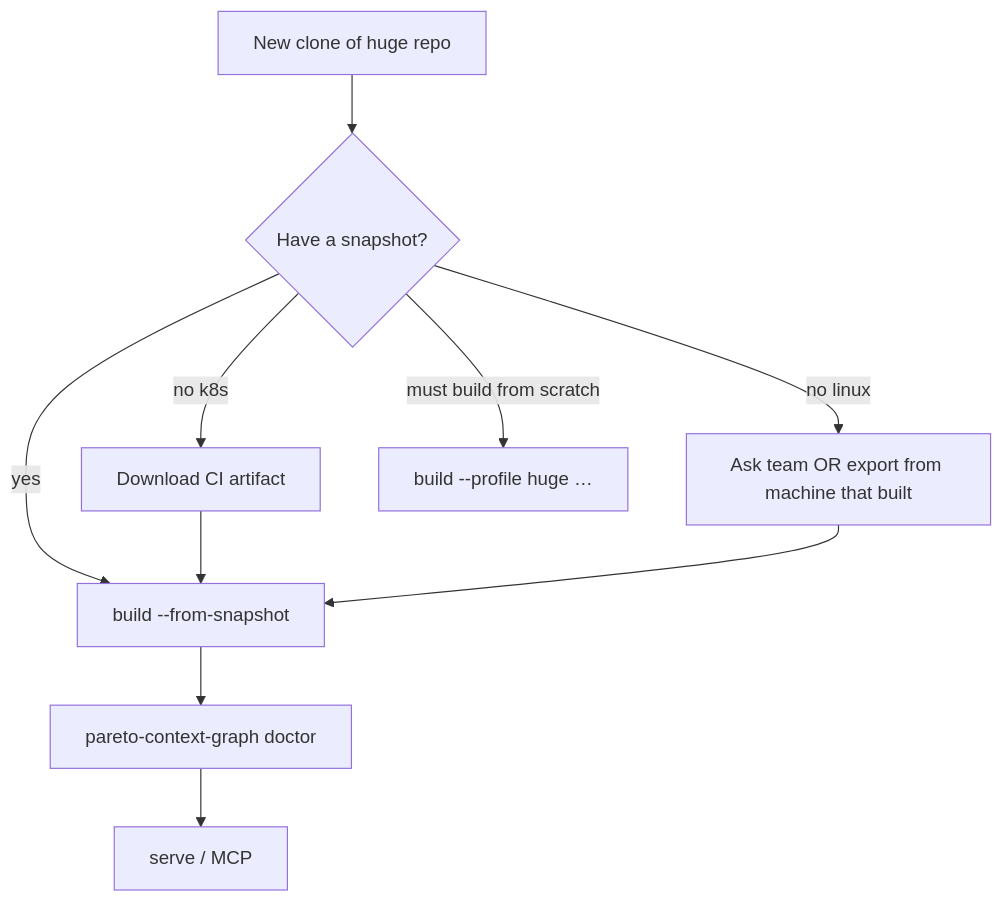
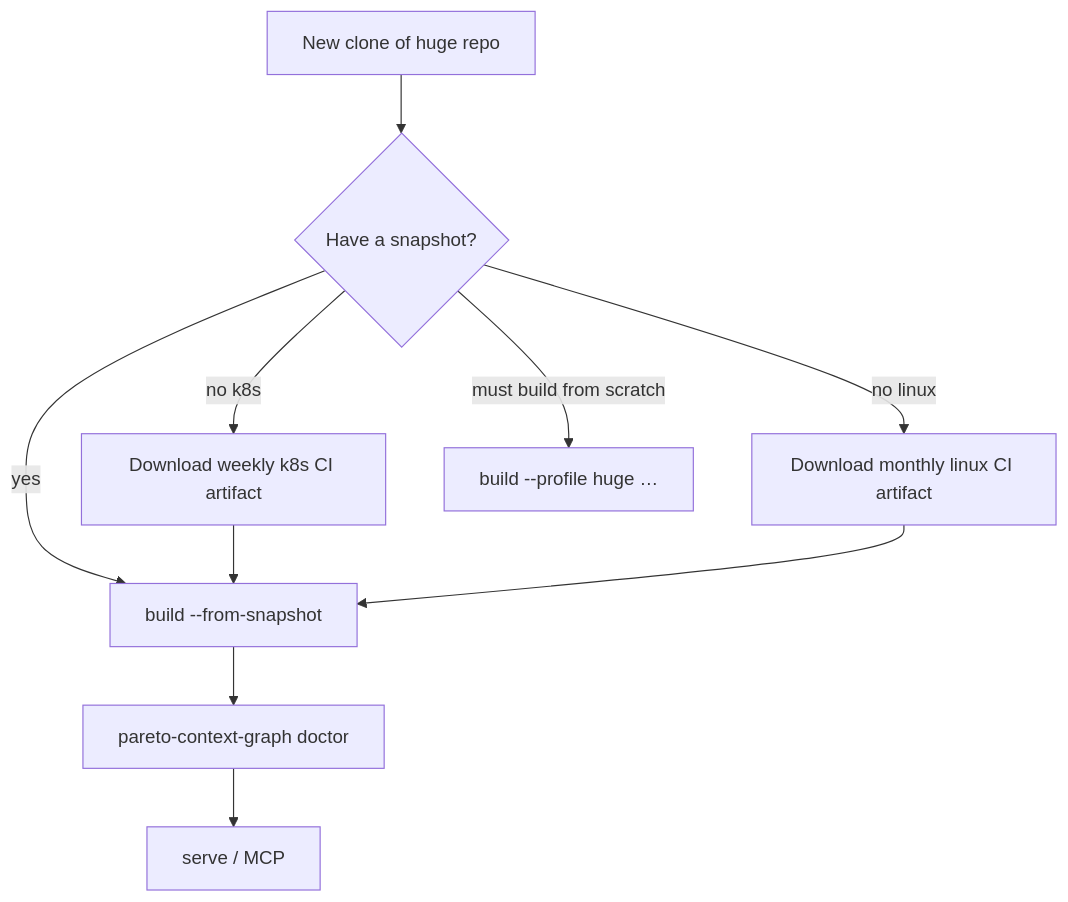
One commit to sreeram843/pareto-context-graph changed the diagram in docs/CI_SNAPSHOTS.md. Above: the diagram before and after it, drawn with Mermaid. The commit also changed other lines of this file and 111 other files, not shown here.

````diff
--- a/docs/CI_SNAPSHOTS.md
+++ b/docs/CI_SNAPSHOTS.md
@@ -16,12 +16,12 @@
 ```mermaid
 flowchart TD
     A[New clone of huge repo] --> B{Have a snapshot?}
     B -->|yes| C["build --from-snapshot"]
-    B -->|no k8s| D[Download CI artifact]
-    B -->|no linux| E[Ask team OR export from machine that built]
+    B -->|no k8s| D[Download weekly k8s CI artifact]
+    B -->|no linux| E[Download monthly linux CI artifact]
     D --> C
     E --> C
     C --> F[pareto-context-graph doctor]
     F --> G[serve / MCP]
     B -->|must build from scratch| H["build --profile huge …"]
 ```
````
